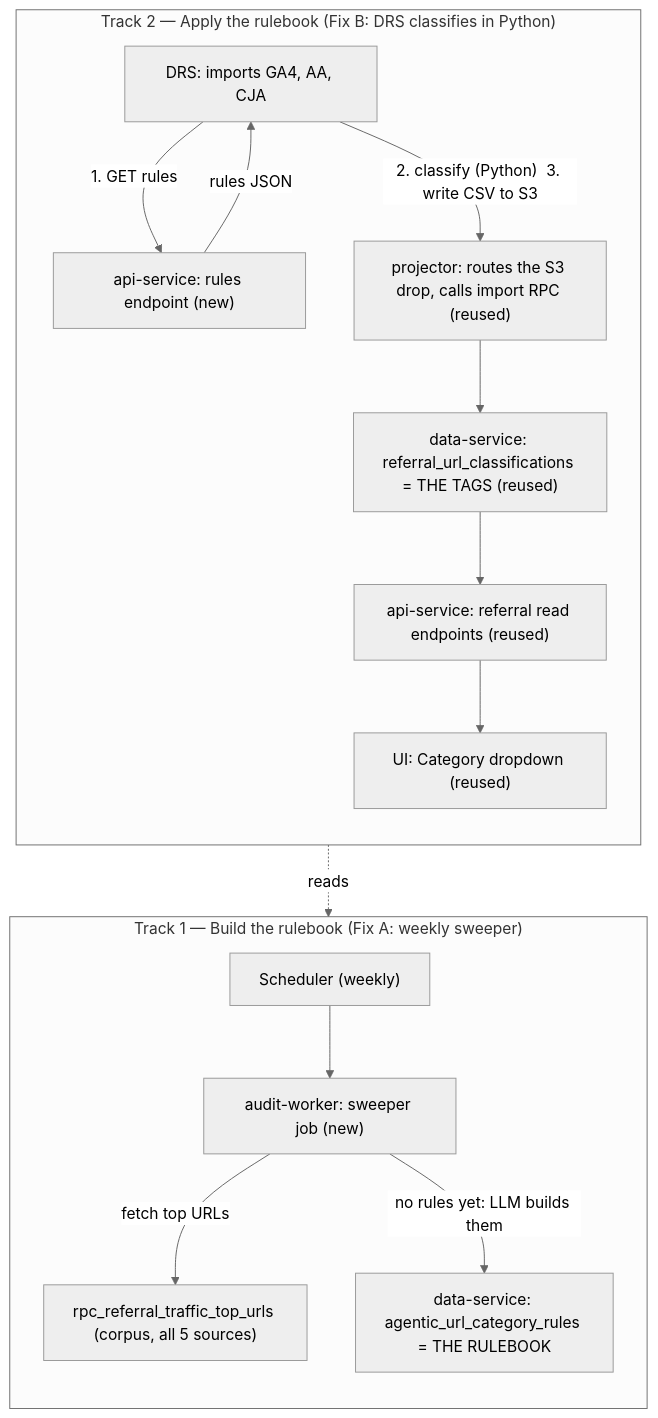
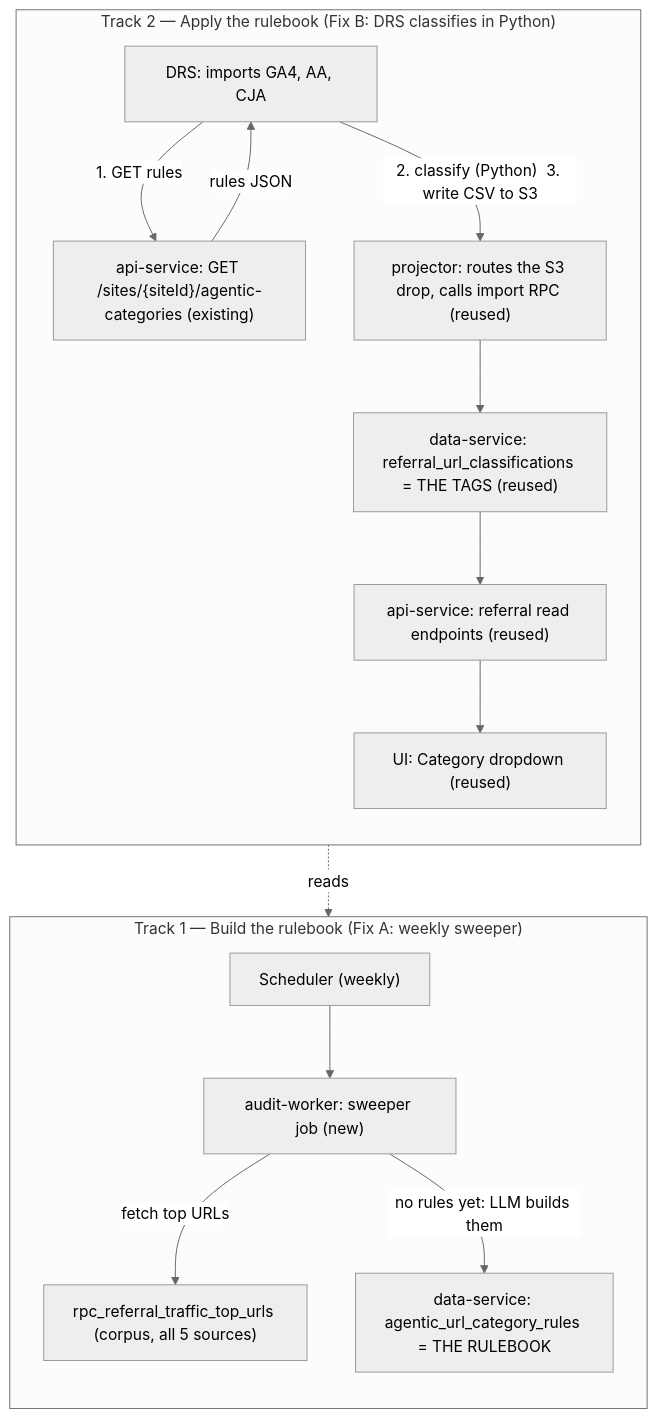
Before and after one commit to adobe/spacecat-audit-worker: the diagram in docs/specs/2026-07-26-referral-category-drs-generation.md, drawn with Mermaid (neutral theme). The commit also changed other lines of this file, not shown here.

First line of the commit message:
docs(referral-traffic): reuse existing agentic-categories endpoint for DRS rules

````diff
--- a/docs/specs/2026-07-26-referral-category-drs-generation.md
+++ b/docs/specs/2026-07-26-referral-category-drs-generation.md
@@ -42,21 +42,21 @@
 ```mermaid
 flowchart TB
   subgraph TRACK1["Track 1 — Build the rulebook (Fix A: weekly sweeper)"]
     direction TB
     SCH["Scheduler (weekly)"] --> SW["audit-worker: sweeper job (new)"]
     SW -->|"fetch top URLs"| CORP["rpc_referral_traffic_top_urls (corpus, all 5 sources)"]
     SW -->|"no rules yet: LLM builds them"| RB["data-service: agentic_url_category_rules = THE RULEBOOK"]
   end
 
   subgraph TRACK2["Track 2 — Apply the rulebook (Fix B: DRS classifies in Python)"]
     direction TB
-    DRS["DRS: imports GA4, AA, CJA"] -->|"1. GET rules"| EP["api-service: rules endpoint (new)"]
+    DRS["DRS: imports GA4, AA, CJA"] -->|"1. GET rules"| EP["api-service: GET /sites/{siteId}/agentic-categories (existing)"]
     EP -->|"rules JSON"| DRS
     DRS -->|"2. classify (Python)  3. write CSV to S3"| PROJ["projector: routes the S3 drop, calls import RPC (reused)"]
     PROJ --> CLS["data-service: referral_url_classifications = THE TAGS (reused)"]
     CLS --> API["api-service: referral read endpoints (reused)"]
     API --> UI["UI: Category dropdown (reused)"]
   end
 
   EP -.->|"reads"| RB
 ```
````
